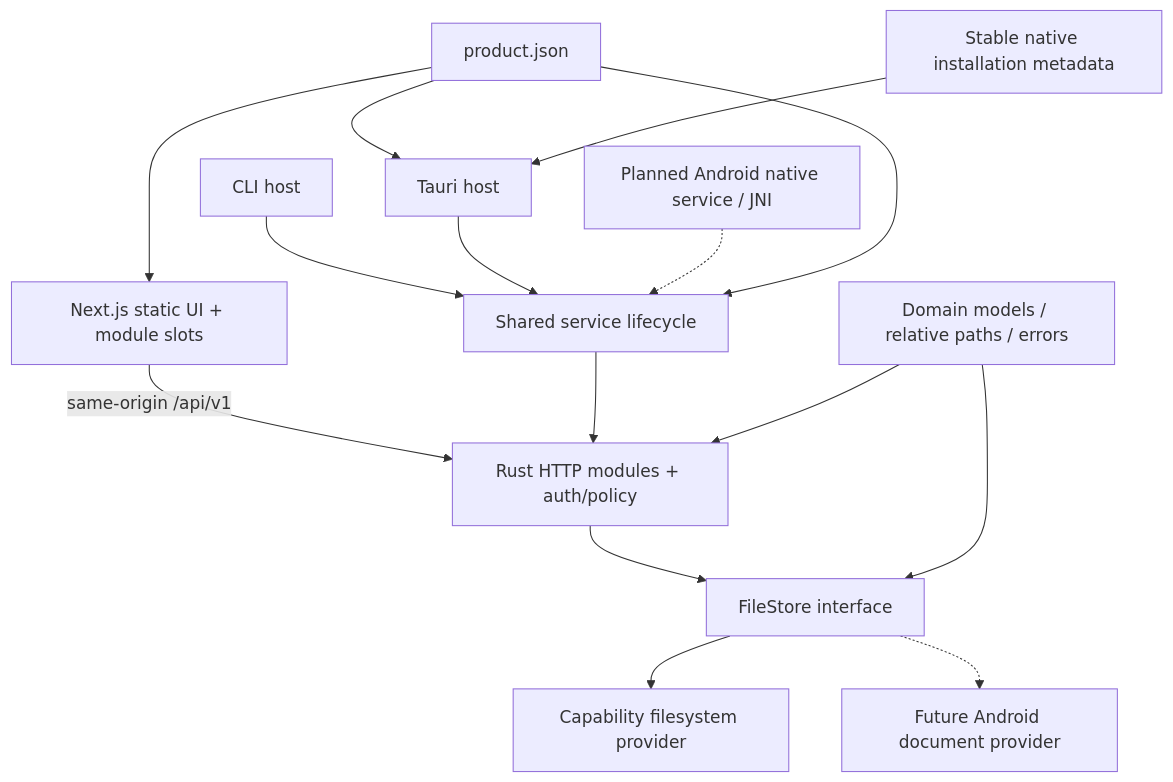
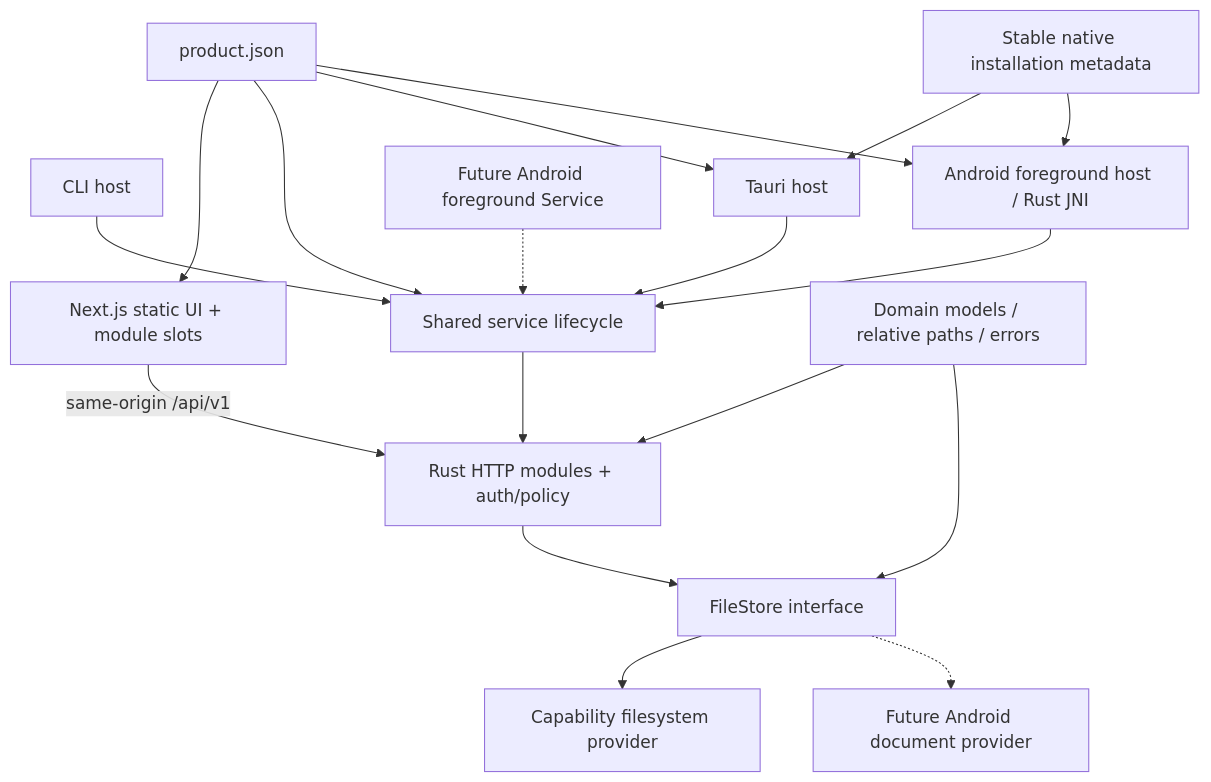
Before and after one commit to zocs/inout-next: the diagram in docs/architecture.md, drawn with Mermaid. The commit also changed other lines of this file and 67 other files, not shown here.

Commit message:
feat(android): add verified foreground sharing preview

````diff
--- a/docs/architecture.md
+++ b/docs/architecture.md
@@ -5,17 +5,20 @@
 ```mermaid
 flowchart TB
   web["Next.js static UI + module slots"] -->|same-origin /api/v1| http["Rust HTTP modules + auth/policy"]
   cli["CLI host"] --> lifecycle["Shared service lifecycle"]
   desktop["Tauri host"] --> lifecycle
-  android["Planned Android native service / JNI"] -.-> lifecycle
+  android["Android foreground host / Rust JNI"] --> lifecycle
+  foregroundService["Future Android foreground Service"] -.-> lifecycle
   lifecycle --> http
   http --> storage["FileStore interface"]
   storage --> fs["Capability filesystem provider"]
   storage -.-> saf["Future Android document provider"]
   domain["Domain models / relative paths / errors"] --> http
   domain --> storage
   product["product.json"] --> web
   product --> lifecycle
   product --> desktop
+  product --> android
   identity["Stable native installation metadata"] --> desktop
+  identity --> android
 ```
````
